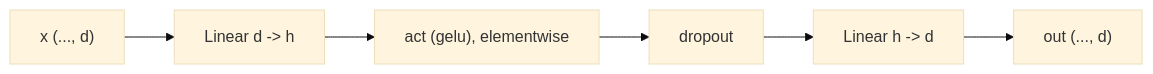
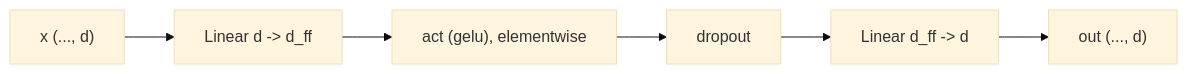
One commit to tanmaniac/nanovision changed the second of 3 diagrams in assignments/a00_harness/README.md. Above: the diagram before and after it, drawn with Mermaid (base theme). The commit also changed other lines of this file and 29 other files, not shown here.

````diff
--- a/assignments/a00_harness/README.md
+++ b/assignments/a00_harness/README.md
@@ -127,8 +350,8 @@
 ```mermaid
 flowchart LR
-    X["x (..., d)"] --> F1["Linear d -> h"]
+    X["x (..., d)"] --> F1["Linear d -> d_ff"]
     F1 --> ACT["act (gelu), elementwise"]
     ACT --> DR["dropout"]
-    DR --> F2["Linear h -> d"]
+    DR --> F2["Linear d_ff -> d"]
     F2 --> Y["out (..., d)"]
 ```
````
